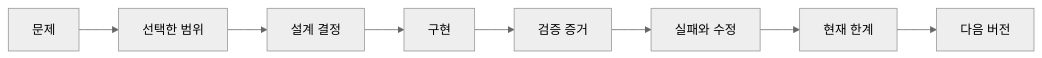
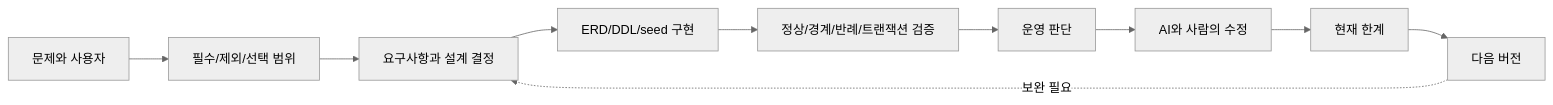
Before and after one commit to GilbertMoon/ai-database-book: the diagram in images/chapter15/ch15_07_project_story_flow.mmd, drawn with Mermaid (neutral theme). The commit also changed 16 other files, not shown here.

Commit message:
Improve Chapter 15 project flow diagrams

```diff
--- a/images/chapter15/ch15_07_project_story_flow.mmd
+++ b/images/chapter15/ch15_07_project_story_flow.mmd
@@ -1,8 +1,10 @@
 flowchart LR
-A[문제] --> B[선택한 범위]
-B --> C[설계 결정]
-C --> D[구현]
-D --> E[검증 증거]
-E --> F[실패와 수정]
-F --> G[현재 한계]
-G --> H[다음 버전]
+A[문제와 사용자] --> B[필수/제외/선택 범위]
+B --> C[요구사항과 설계 결정]
+C --> D[ERD/DDL/seed 구현]
+D --> E[정상/경계/반례/트랜잭션 검증]
+E --> F[운영 판단]
+F --> G[AI와 사람의 수정]
+G --> H[현재 한계]
+H --> I[다음 버전]
+I -.보완 필요.-> C
```
